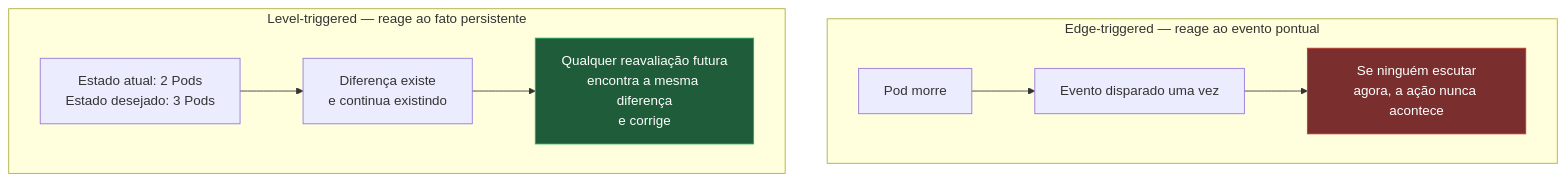
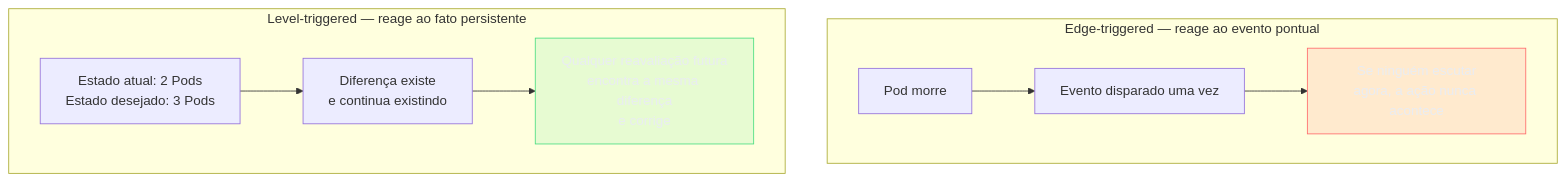
The fourth of 5 diagrams in 03-Dominios/Tecnologia/Infraestrutura/Kubernetes/02 - O loop de reconciliação.md (josenaldo/codex-technomanticus), drawn with Mermaid before and after one commit. The commit also changed other lines of this file and 1181 other files, not shown here.

First line of the commit message:
fix(diagramas): paleta do sistema no lugar de cor cravada no markdown

````diff
--- a/03-Dominios/Tecnologia/Infraestrutura/Kubernetes/02 - O loop de reconciliação.md
+++ b/03-Dominios/Tecnologia/Infraestrutura/Kubernetes/02 - O loop de reconciliação.md
@@ -230,15 +230,17 @@
 ```mermaid
 graph TB
+    classDef falha fill:#FF6B6B24,stroke:#FF6B6B,color:#E9ECF2
+    classDef ok fill:#4ADE8021,stroke:#4ADE80,color:#E9ECF2
     subgraph "Edge-triggered — reage ao evento pontual"
         E1["Pod morre"] --> E2["Evento disparado uma vez"]
         E2 --> E3["Se ninguém escutar<br/>agora, a ação nunca acontece"]
     end
 
     subgraph "Level-triggered — reage ao fato persistente"
         L1["Estado atual: 2 Pods<br/>Estado desejado: 3 Pods"] --> L2["Diferença existe<br/>e continua existindo"]
         L2 --> L3["Qualquer reavaliação futura<br/>encontra a mesma diferença<br/>e corrige"]
     end
 
-    style E3 fill:#7a2e2e,stroke:#c0392b,color:#fff
-    style L3 fill:#1e5c3a,stroke:#27ae60,color:#fff
+    class E3 falha
+    class L3 ok
 ```
````
